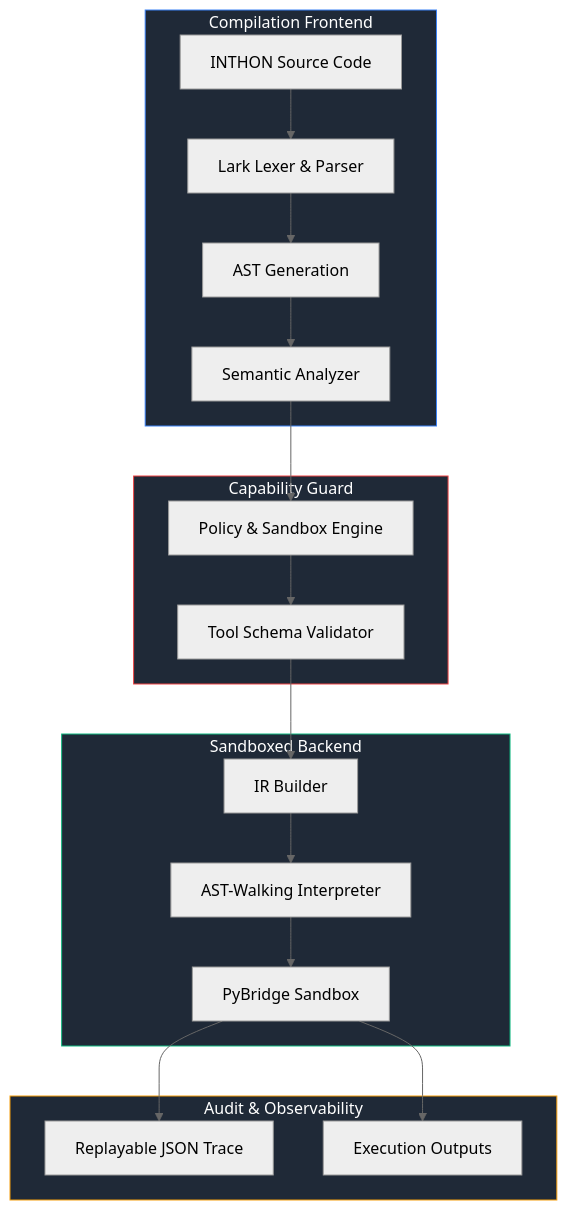
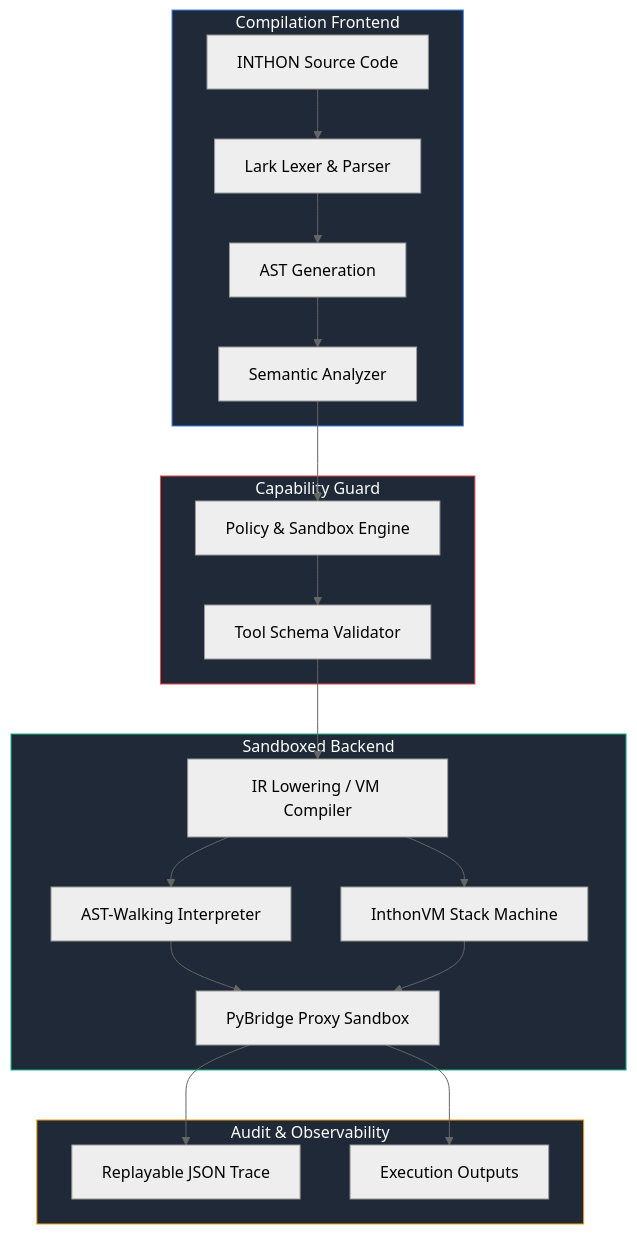
Before and after one commit to harvatechs/inthon: the diagram in README.md, drawn with Mermaid (neutral theme). The commit also changed other lines of this file and 7 other files, not shown here.

````diff
--- a/README.md
+++ b/README.md
@@ -69,29 +72,31 @@
 ```mermaid
 flowchart TD
     subgraph Frontend [Compilation Frontend]
         A[INTHON Source Code] --> B[Lark Lexer & Parser]
         B --> C[AST Generation]
         C --> D[Semantic Analyzer]
     end
 
     subgraph Security [Capability Guard]
         D --> E[Policy & Sandbox Engine]
         E --> F[Tool Schema Validator]
     end
 
     subgraph Backend [Sandboxed Backend]
-        F --> G[IR Builder]
-        G --> H[AST-Walking Interpreter]
-        H --> I[PyBridge Sandbox]
+        F --> G[IR Lowering / VM Compiler]
+        G --> H1[AST-Walking Interpreter]
+        G --> H2[InthonVM Stack Machine]
+        H1 --> I[PyBridge Proxy Sandbox]
+        H2 --> I[PyBridge Proxy Sandbox]
     end
 
     subgraph Outputs [Audit & Observability]
         I --> J[Replayable JSON Trace]
         I --> K[Execution Outputs]
     end
 
     style Frontend fill:#1f2937,stroke:#3b82f6,color:#fff
     style Security fill:#1f2937,stroke:#ef4444,color:#fff
     style Backend fill:#1f2937,stroke:#10b981,color:#fff
     style Outputs fill:#1f2937,stroke:#f59e0b,color:#fff
 ```
````
